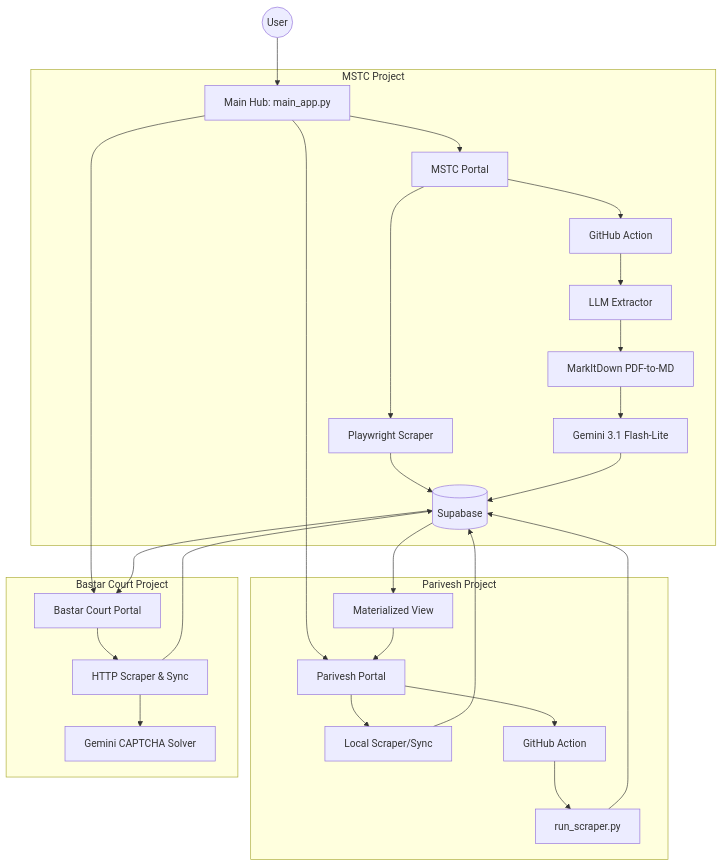
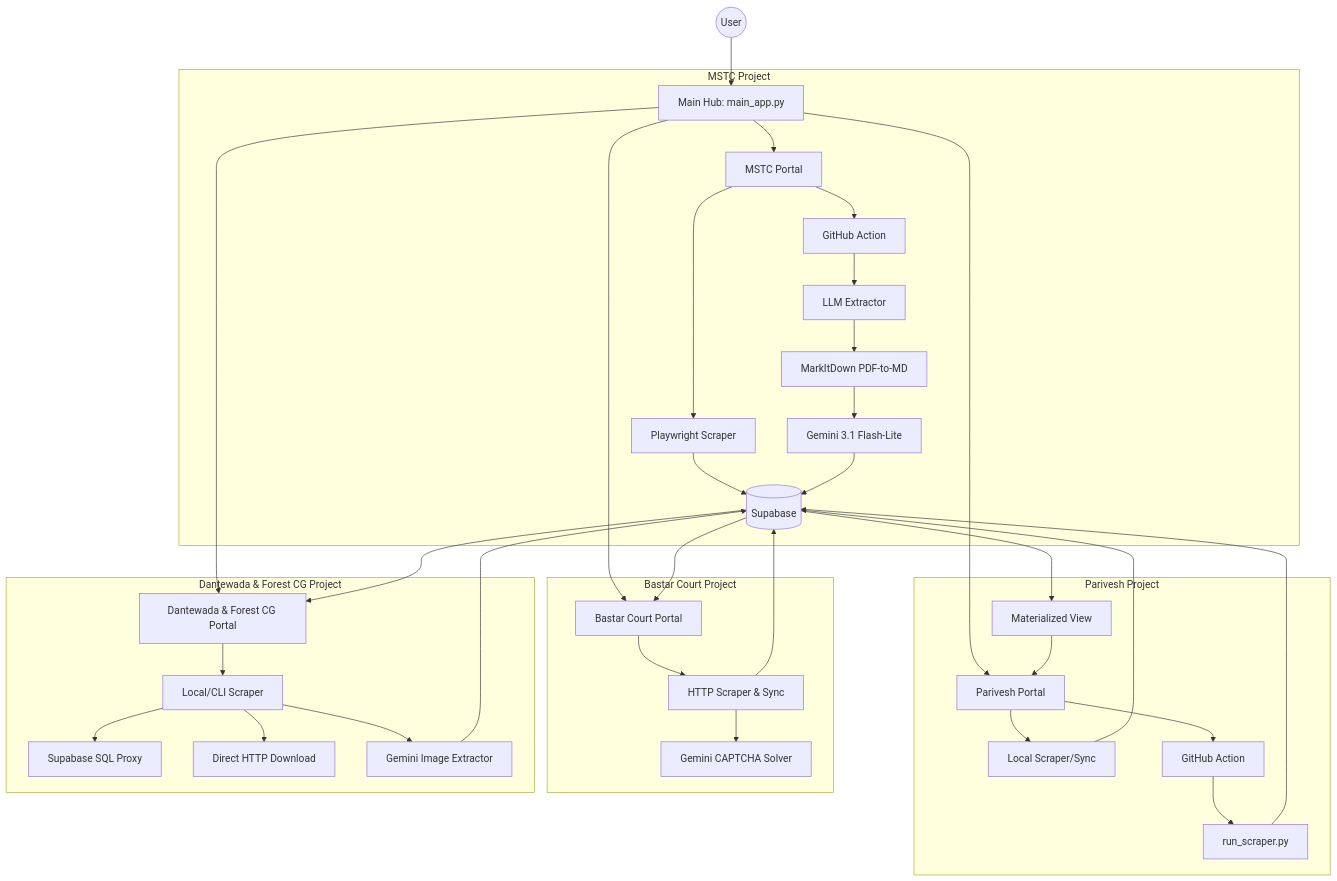
The diagram in projectflow.md (learningmaps/web_automation_ms), drawn with Mermaid before and after one commit. The commit also changed other lines of this file and 15 other files, not shown here.

Commit message:
feat(dantewada_scrape): implement scraper project, fix district parsing, update docs

````diff
--- a/projectflow.md
+++ b/projectflow.md
@@ -9,34 +9,44 @@
 ```mermaid
 graph TD
     User((User)) --> Hub[Main Hub: main_app.py]
     
     subgraph MSTC Project
         Hub --> MSTC_UI[MSTC Portal]
         MSTC_UI --> Scraper[Playwright Scraper]
         Scraper --> DB[(Supabase)]
         MSTC_UI --> GH_Action[GitHub Action]
         GH_Action --> Extractor[LLM Extractor]
         Extractor --> MarkItDown[MarkItDown PDF-to-MD]
         MarkItDown --> Gemini[Gemini 3.1 Flash-Lite]
         Gemini --> DB
     end
     
     subgraph Parivesh Project
         Hub --> Parivesh_UI[Parivesh Portal]
         Parivesh_UI --> Parivesh_Sync[Local Scraper/Sync]
         Parivesh_Sync --> DB
         Parivesh_UI --> Parivesh_GH[GitHub Action]
         Parivesh_GH --> Parivesh_Run[run_scraper.py]
         Parivesh_Run --> DB
         DB --> MatView[Materialized View]
         MatView --> Parivesh_UI
     end
 
     subgraph Bastar Court Project
         Hub --> BDC_UI[Bastar Court Portal]
         BDC_UI --> BDC_Sync[HTTP Scraper & Sync]
         BDC_Sync --> Gemini_Captcha[Gemini CAPTCHA Solver]
         BDC_Sync --> DB
         DB --> BDC_UI
     end
+
+    subgraph Dantewada & Forest CG Project
+        Hub --> Dantewada_UI[Dantewada & Forest CG Portal]
+        Dantewada_UI --> Dantewada_Sync[Local/CLI Scraper]
+        Dantewada_Sync --> Proxy_Fetch[Supabase SQL Proxy]
+        Dantewada_Sync --> Direct_Fetch[Direct HTTP Download]
+        Dantewada_Sync --> Gemini_Img[Gemini Image Extractor]
+        Gemini_Img --> DB
+        DB --> Dantewada_UI
+    end
 ```
````
